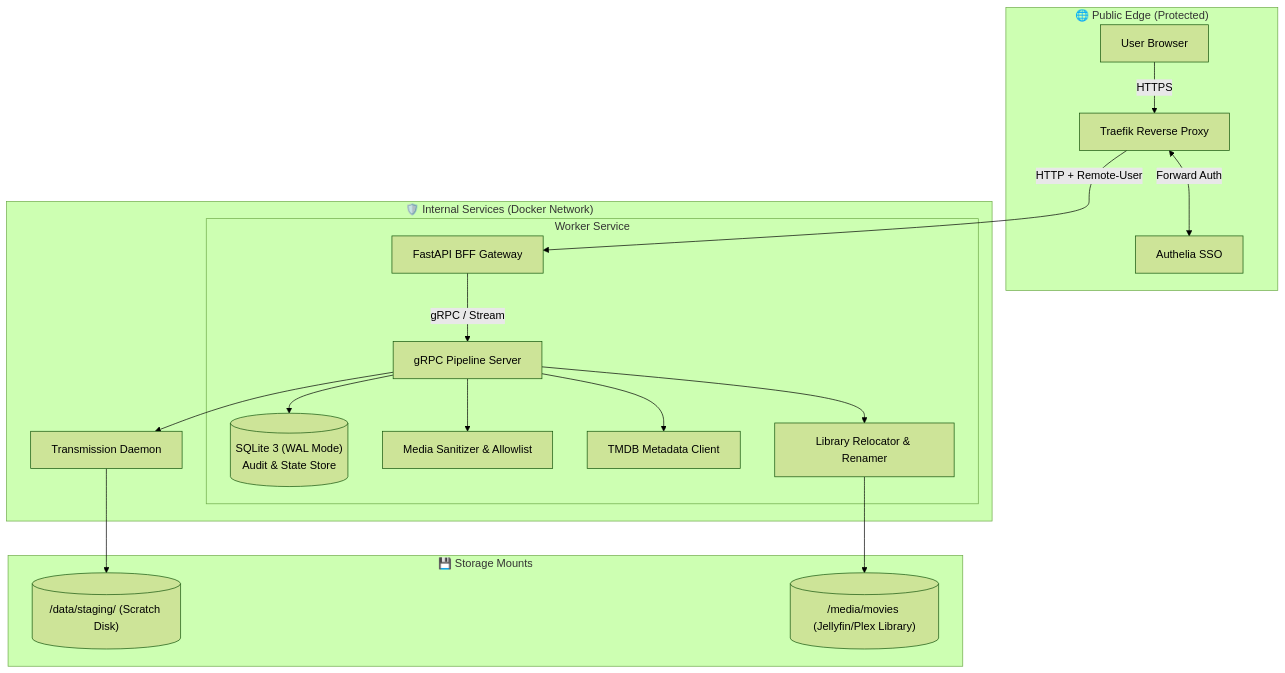
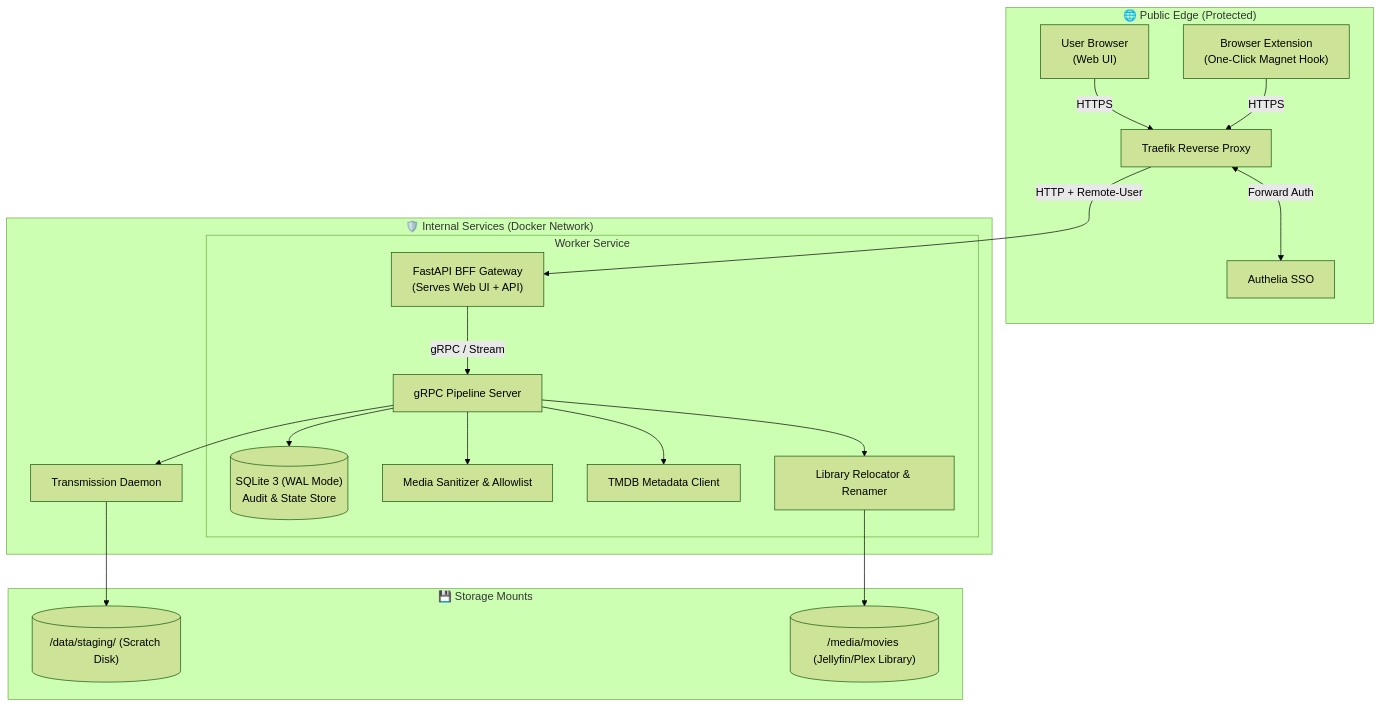
The first of 2 diagrams in docs/architecture.md (kiskaadee/MagNetFlix), drawn with Mermaid (forest theme) before and after one commit. The commit also changed other lines of this file and 2 other files, not shown here.

First line of the commit message:
docs(adr): record ADR 001 for pipeline safety, storage boundaries, and dual-client BFF

````diff
--- a/docs/architecture.md
+++ b/docs/architecture.md
@@ -9,26 +9,27 @@
 ```mermaid
 flowchart TB
     subgraph Edge ["🌐 Public Edge (Protected)"]
-        Browser["User Browser"] -->|HTTPS| Traefik["Traefik Reverse Proxy"]
+        Browser["User Browser\n(Web UI)"] -->|HTTPS| Traefik["Traefik Reverse Proxy"]
+        Extension["Browser Extension\n(One-Click Magnet Hook)"] -->|HTTPS| Traefik
         Traefik <-->|Forward Auth| Authelia["Authelia SSO"]
     end
 
     subgraph InternalServices ["🛡️ Internal Services (Docker Network)"]
-        Traefik -->|HTTP + Remote-User| BFF["FastAPI BFF Gateway"]
+        Traefik -->|HTTP + Remote-User| BFF["FastAPI BFF Gateway\n(Serves Web UI + API)"]
         
         subgraph WorkerApp ["Worker Service"]
             BFF -->|gRPC / Stream| Worker["gRPC Pipeline Server"]
             Worker --> DB[("SQLite 3 (WAL Mode)\nAudit & State Store")]
             Worker --> Sanitizer["Media Sanitizer & Allowlist"]
             Worker --> MetaService["TMDB Metadata Client"]
             Worker --> StorageMgr["Library Relocator & Renamer"]
         end
 
         Worker --> Torrent["Transmission Daemon"]
     end
 
     subgraph Volumes ["💾 Storage Mounts"]
         Torrent --> StagingDir[("/data/staging/<job_id> (Scratch Disk)")]
         StorageMgr --> FinalMedia[("/media/movies (Jellyfin/Plex Library)")]
     end
 ```
````
